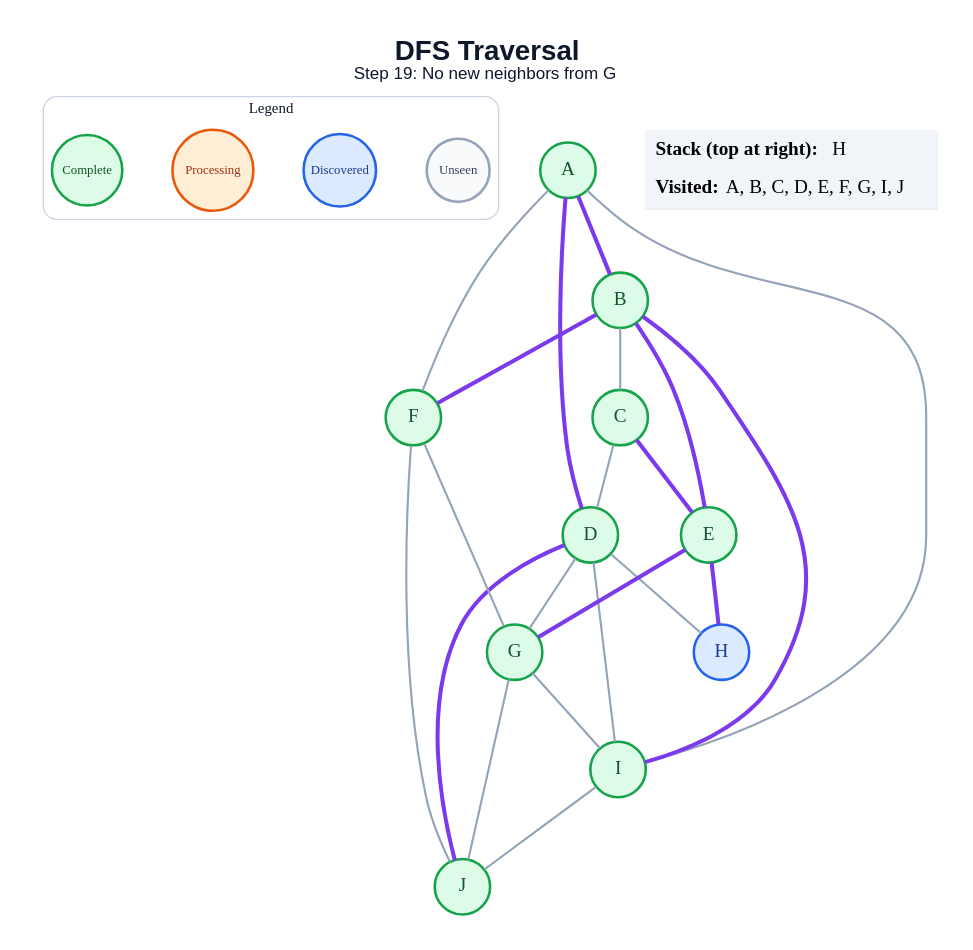
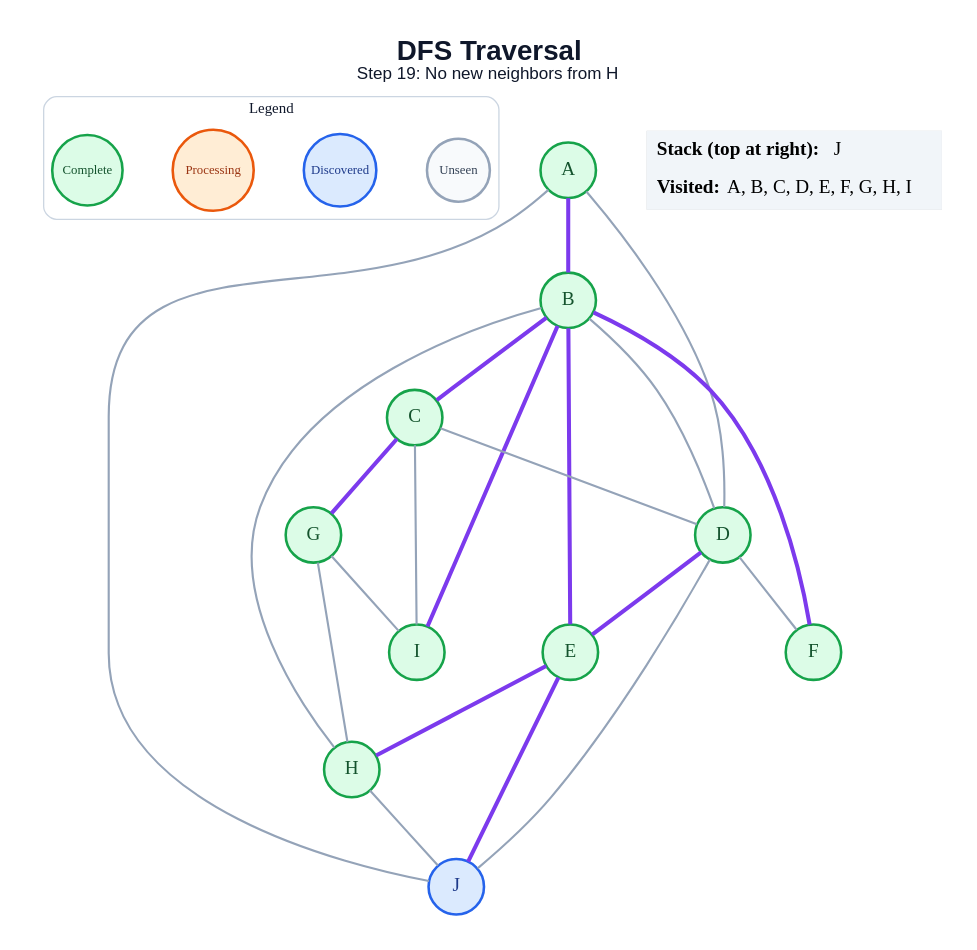
One commit to amanghodawala9/ai-slop changed the diagram in generated/specific-node/dfs/step_19.dot. Above: the diagram before and after it, drawn with Graphviz. The commit also changed 178 other files, not shown here.

```diff
--- a/generated/specific-node/dfs/step_19.dot
+++ b/generated/specific-node/dfs/step_19.dot
@@ -1,50 +1,49 @@
 graph traversal {
   graph [layout=dot, rankdir=TB, bgcolor="#FFFFFF", pad="0.35", nodesep="0.65", ranksep="0.8", fontname="Arial"];
   node [shape=circle, style="filled", fontname="Arial Bold", fontsize=18, width=0.72, fixedsize=true, penwidth=2.4];
   edge [color="#94A3B8", penwidth=2.0];
-  label=<<B>DFS Traversal</B><BR/><FONT POINT-SIZE="16">Step 19: No new neighbors from G</FONT>>; labelloc="t"; fontsize=26; fontname="Arial"; fontcolor="#0F172A";
+  label=<<B>DFS Traversal</B><BR/><FONT POINT-SIZE="16">Step 19: No new neighbors from H</FONT>>; labelloc="t"; fontsize=26; fontname="Arial"; fontcolor="#0F172A";
   subgraph cluster_legend { label="Legend"; color="#CBD5E1"; penwidth=1.2; style="rounded"; fontsize=14; fontname="Arial Bold";
     key_unseen [label="Unseen", fillcolor="#F8FAFC", color="#94A3B8", fontcolor="#334155", fontsize=12, width=0.82];
     key_frontier [label="Discovered", fillcolor="#DBEAFE", color="#2563EB", fontcolor="#1E3A8A", fontsize=12, width=0.95];
     key_current [label="Processing", fillcolor="#FFEDD5", color="#EA580C", fontcolor="#9A3412", fontsize=12, width=1.05];
     key_done [label="Complete", fillcolor="#DCFCE7", color="#16A34A", fontcolor="#14532D", fontsize=12, width=0.92];
     { rank=same; key_unseen; key_frontier; key_current; key_done; }
   }
   A [fillcolor="#DCFCE7", color="#16A34A", fontcolor="#14532D"];
   B [fillcolor="#DCFCE7", color="#16A34A", fontcolor="#14532D"];
   C [fillcolor="#DCFCE7", color="#16A34A", fontcolor="#14532D"];
   D [fillcolor="#DCFCE7", color="#16A34A", fontcolor="#14532D"];
   E [fillcolor="#DCFCE7", color="#16A34A", fontcolor="#14532D"];
   F [fillcolor="#DCFCE7", color="#16A34A", fontcolor="#14532D"];
   G [fillcolor="#DCFCE7", color="#16A34A", fontcolor="#14532D"];
-  H [fillcolor="#DBEAFE", color="#2563EB", fontcolor="#1E3A8A"];
+  H [fillcolor="#DCFCE7", color="#16A34A", fontcolor="#14532D"];
   I [fillcolor="#DCFCE7", color="#16A34A", fontcolor="#14532D"];
-  J [fillcolor="#DCFCE7", color="#16A34A", fontcolor="#14532D"];
+  J [fillcolor="#DBEAFE", color="#2563EB", fontcolor="#1E3A8A"];
   A -- B [color="#7C3AED", penwidth=3.8];
-  A -- D [color="#7C3AED", penwidth=3.8];
-  A -- F;
-  A -- I;
-  B -- C;
+  A -- D;
+  A -- J;
+  B -- C [color="#7C3AED", penwidth=3.8];
+  B -- D;
   B -- E [color="#7C3AED", penwidth=3.8];
   B -- F [color="#7C3AED", penwidth=3.8];
+  B -- H;
   B -- I [color="#7C3AED", penwidth=3.8];
   C -- D;
-  C -- E [color="#7C3AED", penwidth=3.8];
-  D -- G;
-  D -- H;
-  D -- I;
-  D -- J [color="#7C3AED", penwidth=3.8];
-  E -- G [color="#7C3AED", penwidth=3.8];
+  C -- G [color="#7C3AED", penwidth=3.8];
+  C -- I;
+  D -- E [color="#7C3AED", penwidth=3.8];
+  D -- F;
+  D -- J;
   E -- H [color="#7C3AED", penwidth=3.8];
-  F -- G;
-  F -- J;
+  E -- J [color="#7C3AED", penwidth=3.8];
+  G -- H;
   G -- I;
-  G -- J;
-  I -- J;
+  H -- J;
   status [shape=plain, fixedsize=false, width=0, height=0, margin=0, label=<
     <TABLE BORDER="0" CELLBORDER="0" CELLPADDING="7" BGCOLOR="#F1F5F9">
-      <TR><TD ALIGN="LEFT"><B>Stack (top at right):</B> H</TD></TR>
-      <TR><TD ALIGN="LEFT"><B>Visited:</B> A, B, C, D, E, F, G, I, J</TD></TR>
+      <TR><TD ALIGN="LEFT"><B>Stack (top at right):</B> J</TD></TR>
+      <TR><TD ALIGN="LEFT"><B>Visited:</B> A, B, C, D, E, F, G, H, I</TD></TR>
     </TABLE>
   >];
 }
```
